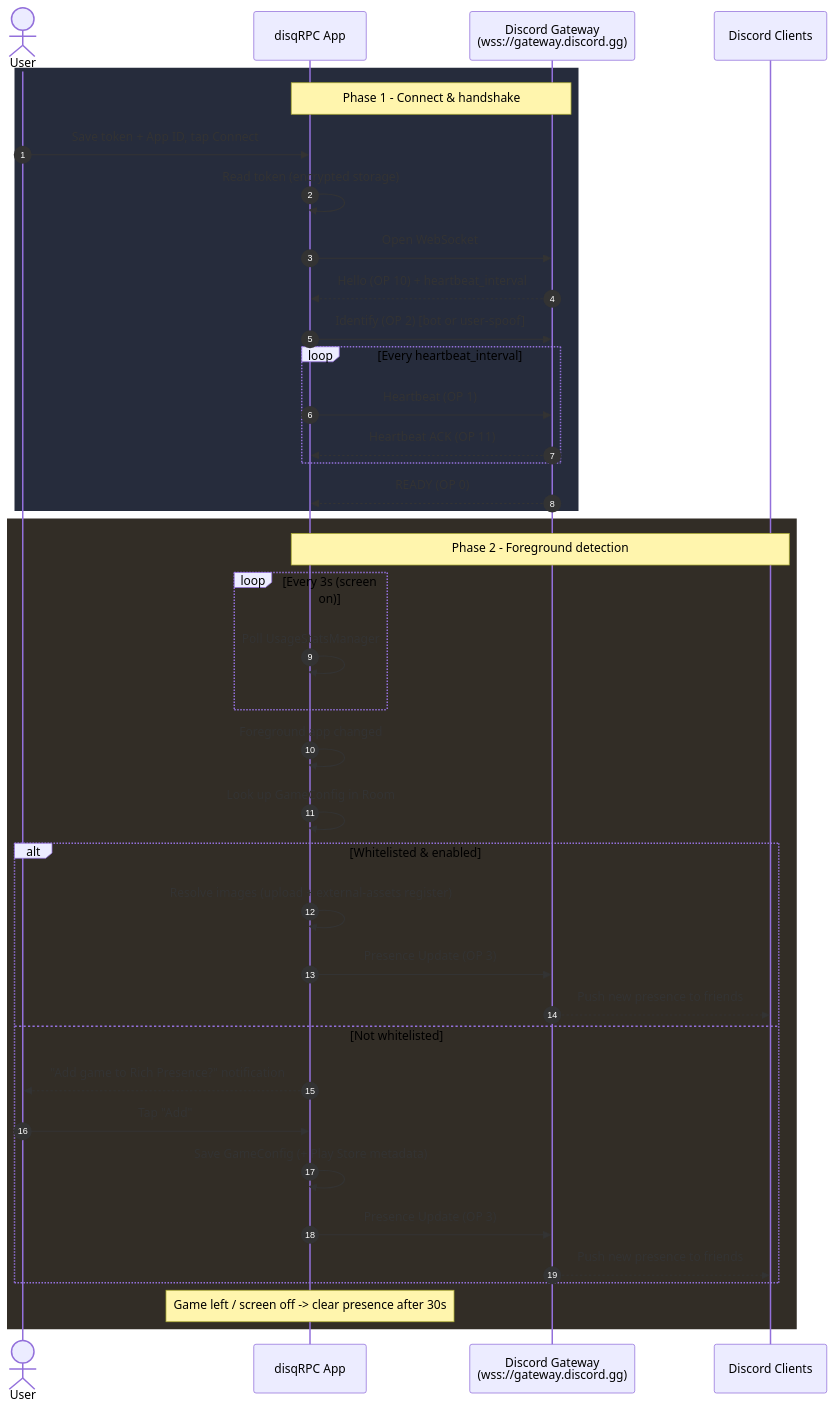
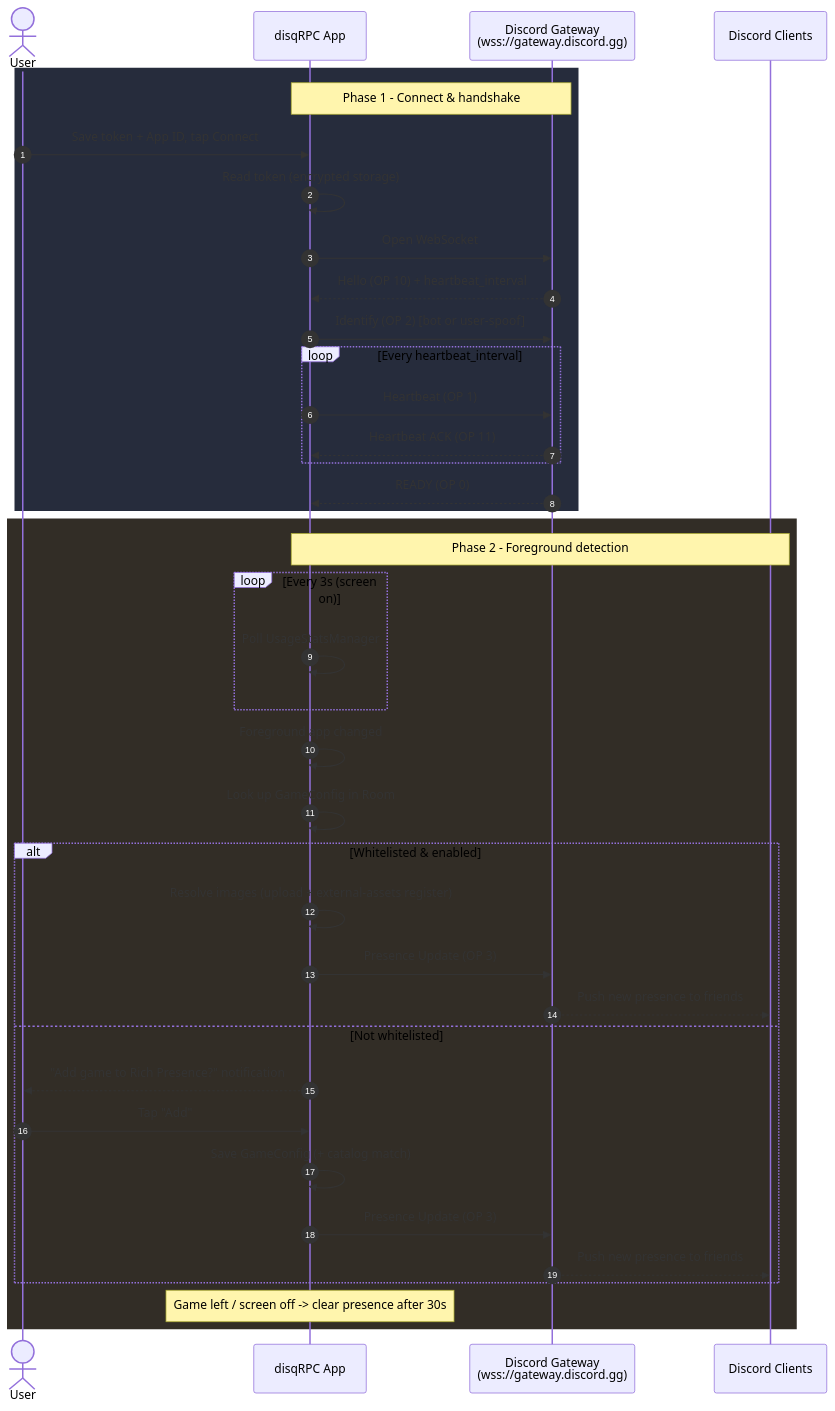
Before and after one commit to vermilion10/disqRPC: the diagram in README.md, drawn with Mermaid. The commit also changed other lines of this file and 15 other files, not shown here.

First line of the commit message:
feat: match games to Discord's detectable applications catalog

````diff
--- a/README.md
+++ b/README.md
@@ -33,43 +33,43 @@
 ```mermaid
 sequenceDiagram
     autonumber
     actor User
     participant App as disqRPC App
     participant Gateway as Discord Gateway<br/>(wss://gateway.discord.gg)
     participant Discord as Discord Clients
 
     rect rgb(38, 44, 60)
         Note over App, Gateway: Phase 1 - Connect & handshake
         User->>App: Save token + App ID, tap Connect
         App->>App: Read token (encrypted storage)
         App->>Gateway: Open WebSocket
         Gateway-->>App: Hello (OP 10) + heartbeat_interval
         App->>Gateway: Identify (OP 2) [bot or user-spoof]
         loop Every heartbeat_interval
             App->>Gateway: Heartbeat (OP 1)
             Gateway-->>App: Heartbeat ACK (OP 11)
         end
         Gateway-->>App: READY (OP 0)
     end
 
     rect rgb(50, 45, 38)
         Note over App, Discord: Phase 2 - Foreground detection
         loop Every 3s (screen on)
             App->>App: Poll UsageStatsManager
         end
         App->>App: Foreground app changed
         App->>App: Look up GameConfig in Room
         alt Whitelisted & enabled
             App->>App: Resolve images (upload + external-assets register)
             App->>Gateway: Presence Update (OP 3)
             Gateway-->>Discord: Push new presence to friends
         else Not whitelisted
             App-->>User: "Add game to Rich Presence?" notification
             User->>App: Tap "Add"
-            App->>App: Save GameConfig (+ Play Store metadata)
+            App->>App: Save GameConfig (+ catalog match)
             App->>Gateway: Presence Update (OP 3)
             Gateway-->>Discord: Push new presence to friends
         end
         Note over App: Game left / screen off -> clear presence after 30s
     end
 ```
````
